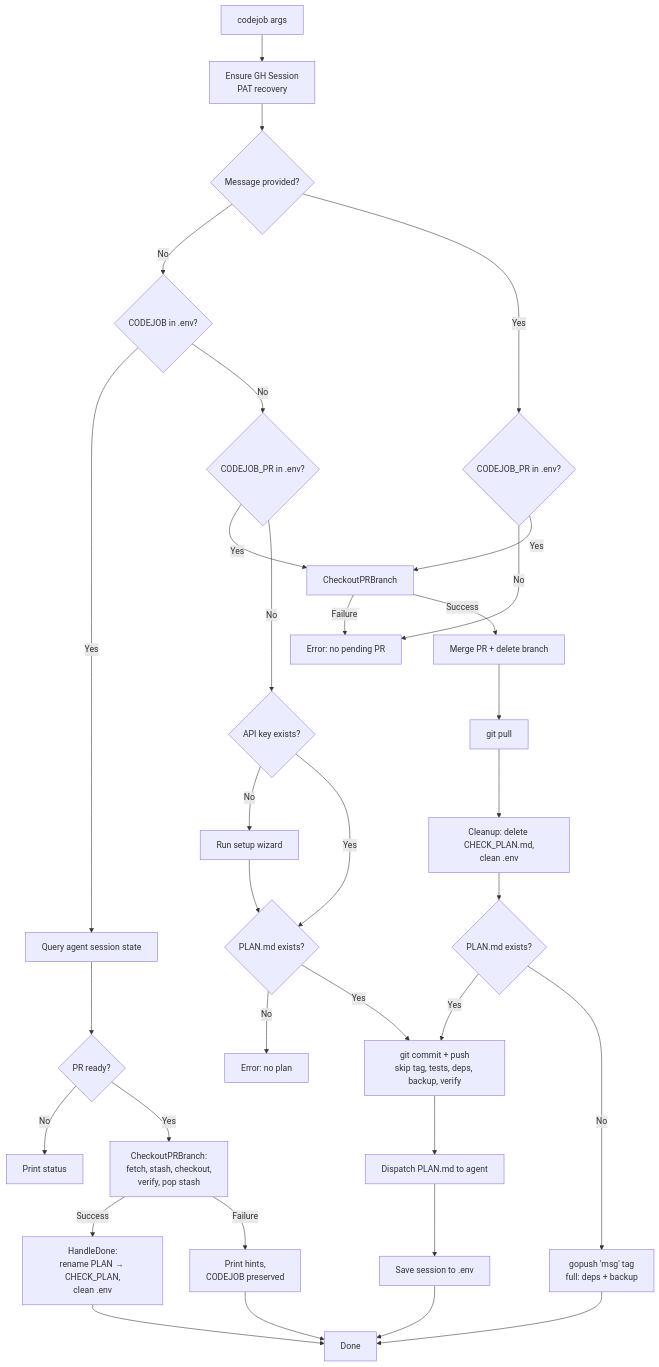
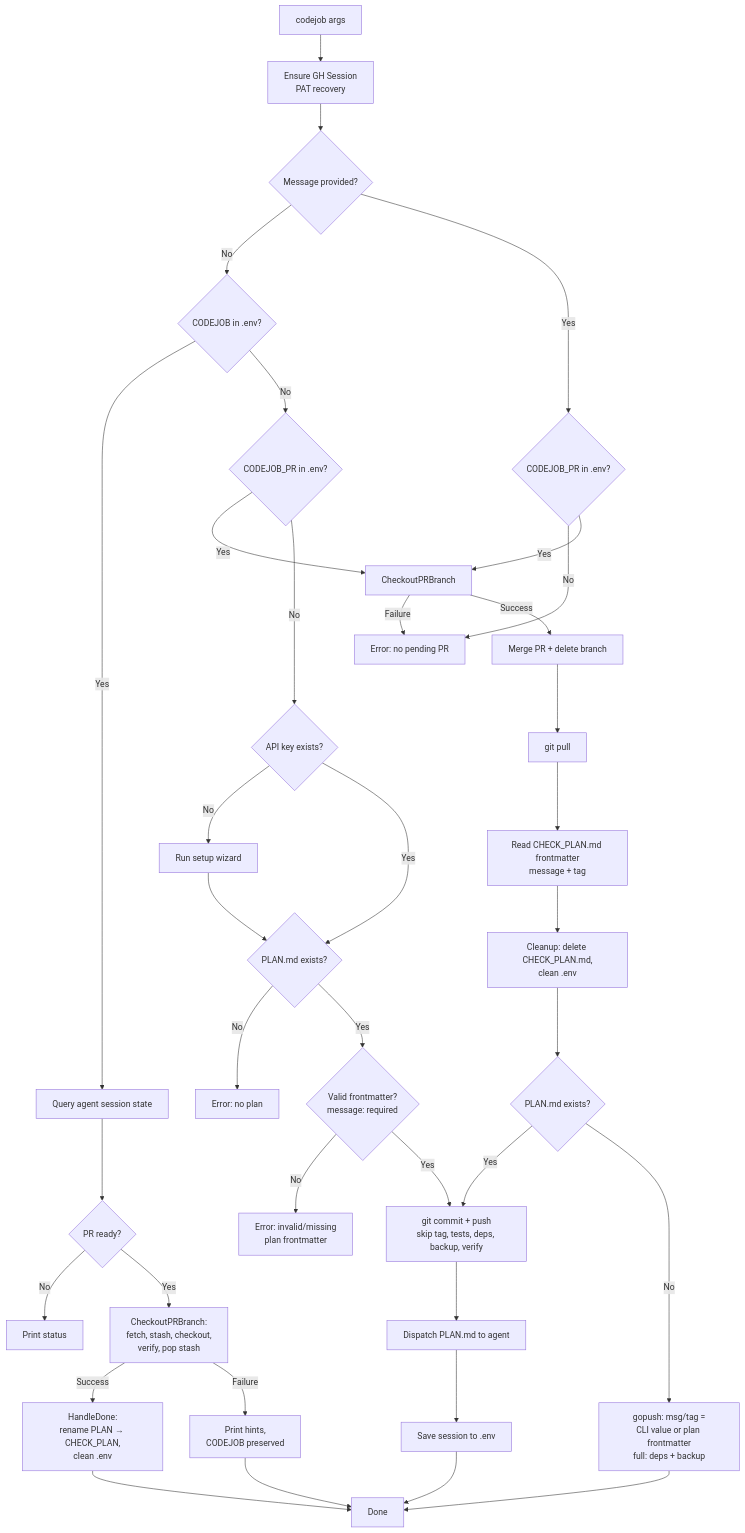
The diagram in docs/diagrams/CODEJOB_FLOW.md (tinywasm/devflow), drawn with Mermaid before and after one commit. The commit also changed other lines of this file and 2 other files, not shown here.

````diff
--- a/docs/diagrams/CODEJOB_FLOW.md
+++ b/docs/diagrams/CODEJOB_FLOW.md
@@ -5,36 +5,39 @@
 ```mermaid
 flowchart TD
     A[codejob args] --> GH[Ensure GH Session<br/>PAT recovery]
     GH --> B{Message provided?}
     B -- No --> C{CODEJOB in .env?}
     C -- Yes --> D[Query agent session state]
     D --> E{PR ready?}
     E -- No --> F[Print status]
     E -- Yes --> G[CheckoutPRBranch:<br/>fetch, stash, checkout,<br/>verify, pop stash]
     G -- Success --> G1[HandleDone:<br/>rename PLAN → CHECK_PLAN,<br/>clean .env]
     G -- Failure --> G2[Print hints,<br/>CODEJOB preserved]
     G2 --> U
     G1 --> U
     C -- No --> C2{CODEJOB_PR in .env?}
     C2 -- Yes --> CP
     C2 -- No --> H{API key exists?}
     H -- No --> H1[Run setup wizard]
     H1 --> I
     H -- Yes --> I{PLAN.md exists?}
     I -- No --> J[Error: no plan]
-    I -- Yes --> K[git commit + push<br/>skip tag, tests, deps, backup, verify]
+    I -- Yes --> IV{Valid frontmatter?<br/>message: required}
+    IV -- No --> JV[Error: invalid/missing<br/>plan frontmatter]
+    IV -- Yes --> K[git commit + push<br/>skip tag, tests, deps, backup, verify]
     K --> L[Dispatch PLAN.md to agent]
     L --> M[Save session to .env]
     B -- Yes --> N{CODEJOB_PR in .env?}
     N -- No --> O[Error: no pending PR]
     N -- Yes --> CP[CheckoutPRBranch]
     CP -- Failure --> O
     CP -- Success --> P[Merge PR + delete branch]
     P --> Q[git pull]
-    Q --> R[Cleanup: delete CHECK_PLAN.md,<br/>clean .env]
+    Q --> RM[Read CHECK_PLAN.md frontmatter<br/>message + tag]
+    RM --> R[Cleanup: delete CHECK_PLAN.md,<br/>clean .env]
     R --> S{PLAN.md exists?}
     S -- Yes --> K
-    S -- No --> T[gopush 'msg' tag<br/>full: deps + backup]
+    S -- No --> T[gopush: msg/tag =<br/>CLI value or plan frontmatter<br/>full: deps + backup]
     T --> U[Done]
     M --> U
 ```
````
